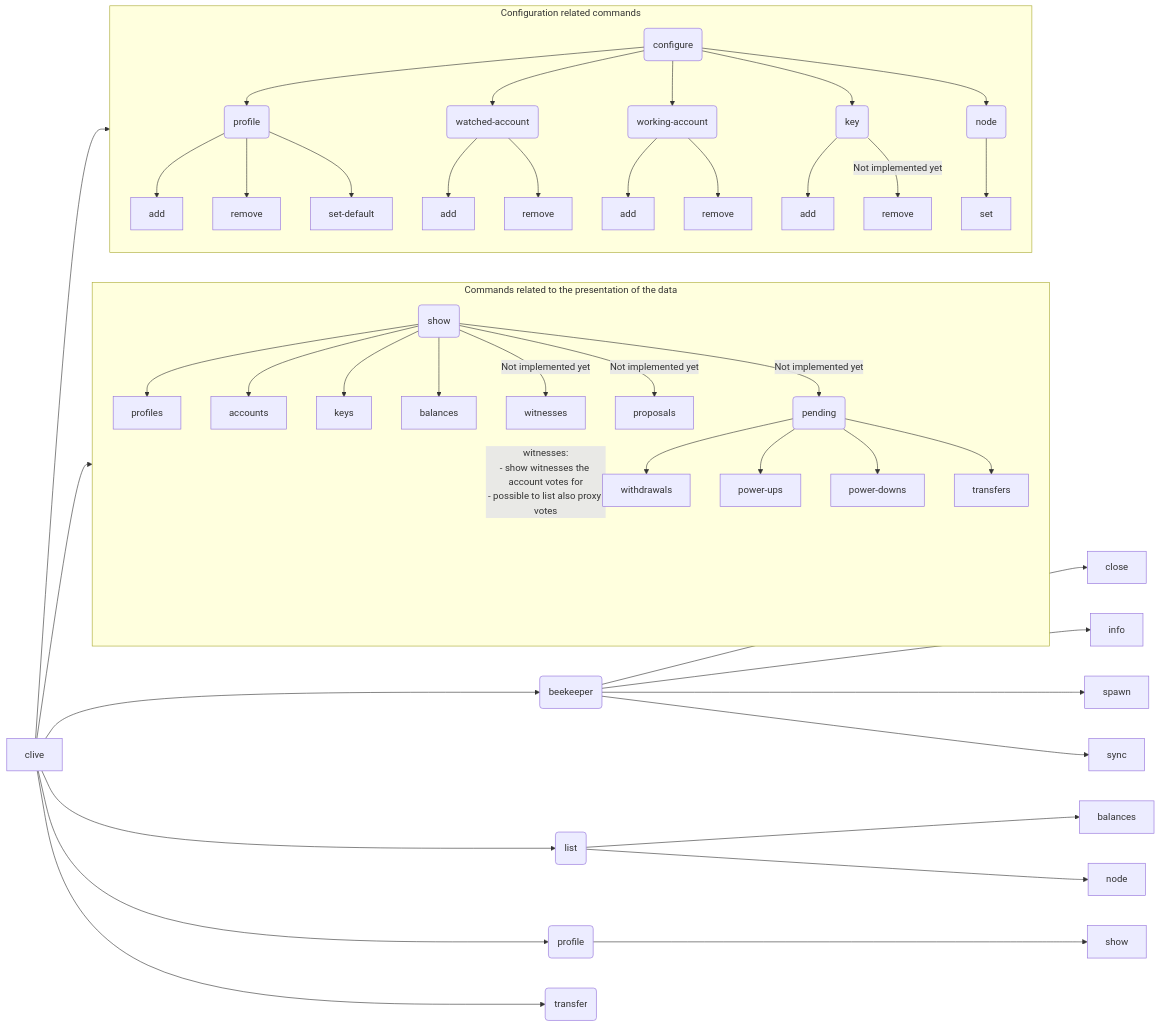
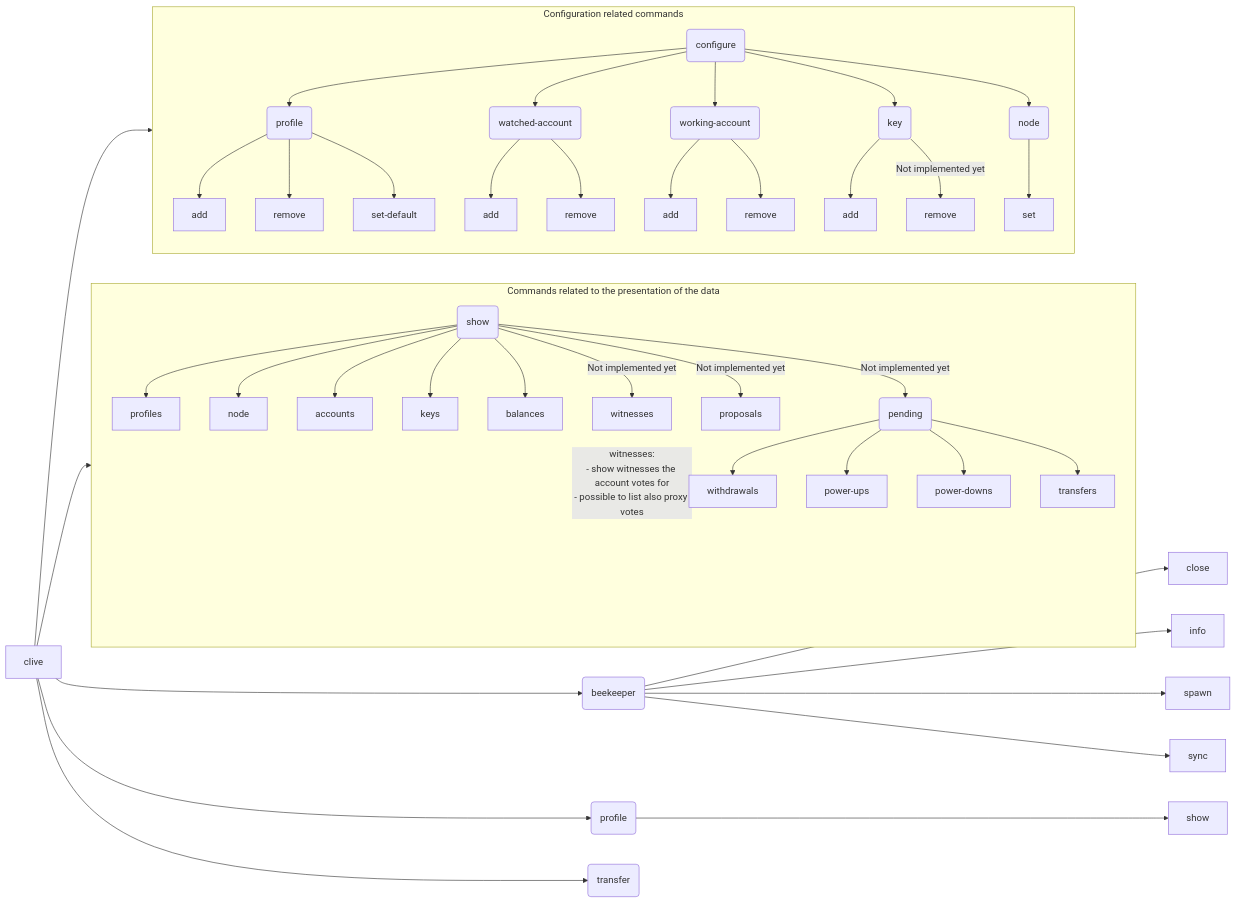
The diagram in clive/__private/cli/commands_structure.md (openhive-network/clive), drawn with Mermaid before and after one commit. The commit also changed 5 other files, not shown here.

Commit message:
Move and rename the `show node` and `show balances` commands

````diff
--- a/clive/__private/cli/commands_structure.md
+++ b/clive/__private/cli/commands_structure.md
@@ -16,60 +16,59 @@
 ```mermaid
 flowchart LR
     Clive[clive] --> Configuration
     Clive --> Presentation
 
     subgraph Presentation[Commands related to the presentation of the data]
         Show(show) --> ShowProfiles[profiles]
+
+        Show --> ShowNode[node]
 
         Show --> ShowAccounts[accounts]
 
         Show --> ShowKeys[keys]
 
         Show --> ShowBalances[balances]
 
         Show -->|"Not implemented yet"| ShowWitnesses[witnesses]
         ShowWitnesses ~~~|"witnesses:<br>- show witnesses the account votes for<br>- possible to list also proxy votes"| ShowWitnesses
 
         Show -->|"Not implemented yet"| ShowProposals[proposals]
 
         Show -->|"Not implemented yet"| ShowPending(pending)
         ShowPending --> ShowPendingTransferFromSavings[withdrawals]
         ShowPending --> ShowPendingPowerUps[power-ups]
         ShowPending --> ShowPendingPowerDowns[power-downs]
         ShowPending --> ShowPendingRecurrentTransfers[transfers]
     end
 
     subgraph Configuration[Configuration related commands]
         Configure(configure) --> ConfigureProfile(profile)
         ConfigureProfile --> CreateProfile[add]
         ConfigureProfile --> DeleteProfile[remove]
         ConfigureProfile --> SetDefaultProfile[set-default]
 
         Configure --> ConfigureWatchedAccount(watched-account)
         ConfigureWatchedAccount --> AddWatchedAccount[add]
         ConfigureWatchedAccount --> RemoveWatchedAccount[remove]
 
         Configure --> ConfigureWorkingAccount(working-account)
         ConfigureWorkingAccount --> AddWorkingAccount[add]
         ConfigureWorkingAccount --> RemoveWorkingAccount[remove]
 
         Configure --> ConfigureKey(key)
         ConfigureKey --> AddKey[add]
         ConfigureKey -->|"Not implemented yet"| RemoveKey[remove]
 
         Configure --> ConfigureNode(node)
         ConfigureNode --> SetNode[set]
     end
 
     Clive --> Beekeeper(beekeeper)
     Beekeeper --> BeekeeperClose[close]
     Beekeeper --> BeekeeperInfo[info]
     Beekeeper --> BeekeeperSpawn[spawn]
     Beekeeper --> BeekeeperSync[sync]
-    Clive --> List(list)
-    List --> ListBalances[balances]
-    List --> ListNode[node]
     Clive --> Profile(profile)
     Profile --> ProfileShow[show]
     Clive --> Transfer(transfer)
 ```
````
